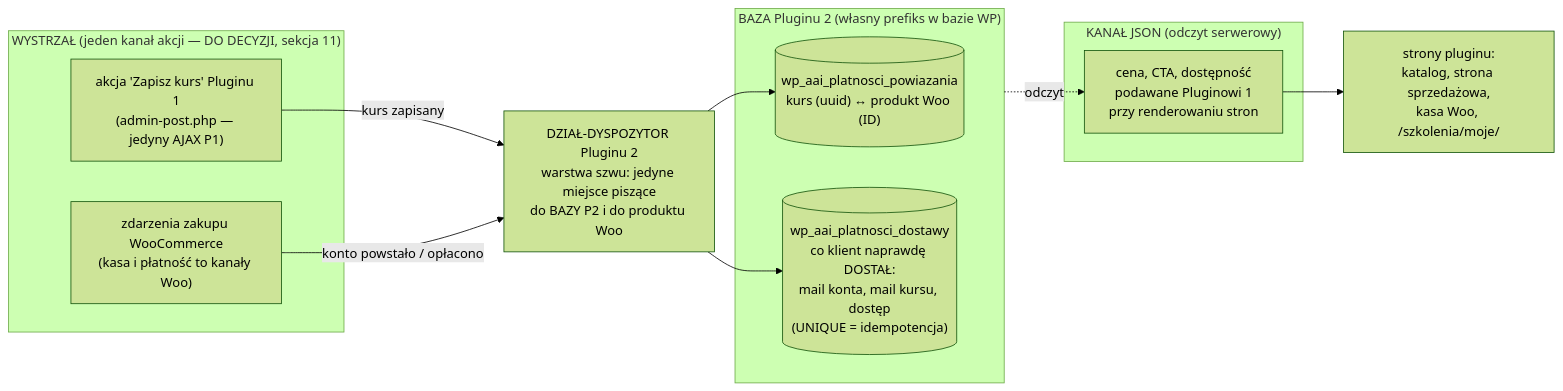
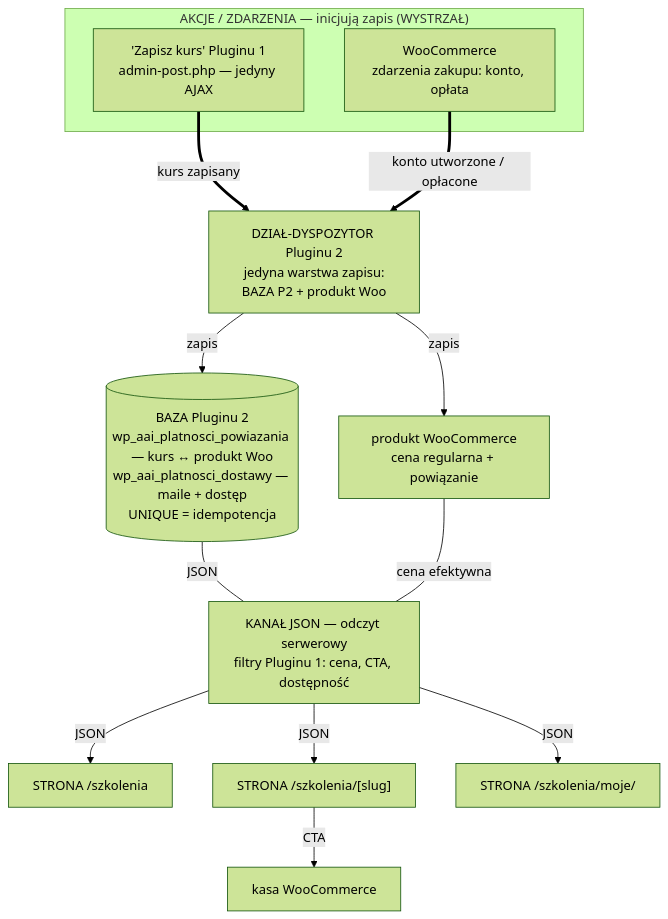
One commit to krzysiek2115op/aai-platforma-szkolen changed the first of 4 diagrams in docs/plugin-2/DIAGRAM.md. Above: the diagram before and after it, drawn with Mermaid (forest theme). The commit also changed other lines of this file and 2 other files, not shown here.

First line of the commit message:
Diagramy Pluginu 2 mówią językiem wizualnym diagramu Pluginu 1

````diff
--- a/docs/plugin-2/DIAGRAM.md
+++ b/docs/plugin-2/DIAGRAM.md
@@ -53,27 +56,31 @@
 ```mermaid
-flowchart LR
-    subgraph BAZA_P2 ["BAZA Pluginu 2 (własny prefiks w bazie WP)"]
-        POW[("wp_aai_platnosci_powiazania<br/>kurs (uuid) ↔ produkt Woo (ID)")]
-        DOS[("wp_aai_platnosci_dostawy<br/>co klient naprawdę DOSTAŁ:<br/>mail konta, mail kursu, dostęp<br/>(UNIQUE = idempotencja)")]
+flowchart TB
+    subgraph AKCJE["AKCJE / ZDARZENIA — inicjują zapis (WYSTRZAŁ)"]
+        W1["'Zapisz kurs' Pluginu 1<br/>admin-post.php — jedyny AJAX"]
+        W2["WooCommerce<br/>zdarzenia zakupu: konto, opłata"]
     end
 
-    DZIAL["DZIAŁ-DYSPOZYTOR Pluginu 2<br/>warstwa szwu: jedyne miejsce piszące<br/>do BAZY P2 i do produktu Woo"]
+    DZIAL["DZIAŁ-DYSPOZYTOR Pluginu 2<br/>jedyna warstwa zapisu:<br/>BAZA P2 + produkt Woo"]
 
-    subgraph WYSTRZAL ["WYSTRZAŁ (jeden kanał akcji — DO DECYZJI, sekcja 11)"]
-        W1["akcja 'Zapisz kurs' Pluginu 1<br/>(admin-post.php — jedyny AJAX P1)"]
-        W2["zdarzenia zakupu WooCommerce<br/>(kasa i płatność to kanały Woo)"]
-    end
+    BAZA[("BAZA Pluginu 2<br/>wp_aai_platnosci_powiazania — kurs ↔ produkt Woo<br/>wp_aai_platnosci_dostawy — maile + dostęp<br/>UNIQUE = idempotencja")]
 
-    subgraph KANAL_JSON ["KANAŁ JSON (odczyt serwerowy)"]
-        F1["cena, CTA, dostępność<br/>podawane Pluginowi 1<br/>przy renderowaniu stron"]
-    end
+    PROD["produkt WooCommerce<br/>cena regularna + powiązanie"]
 
-    STRONY["strony pluginu:<br/>katalog, strona sprzedażowa,<br/>kasa Woo, /szkolenia/moje/"]
+    KANAL["KANAŁ JSON — odczyt serwerowy<br/>filtry Pluginu 1: cena, CTA, dostępność"]
 
-    W1 -->|"kurs zapisany"| DZIAL
-    W2 -->|"konto powstało / opłacono"| DZIAL
-    DZIAL --> POW
-    DZIAL --> DOS
-    BAZA_P2 -.->|odczyt| F1
-    F1 --> STRONY
+    S1["STRONA /szkolenia"]
+    S2["STRONA /szkolenia/[slug]"]
+    S3["STRONA /szkolenia/moje/"]
+    KASA["kasa WooCommerce"]
+
+    W1 ==>|"kurs zapisany"| DZIAL
+    W2 ==>|"konto utworzone / opłacone"| DZIAL
+    DZIAL -->|"zapis"| BAZA
+    DZIAL -->|"zapis"| PROD
+    BAZA ---|"JSON"| KANAL
+    PROD ---|"cena efektywna"| KANAL
+    KANAL -->|"JSON"| S1
+    KANAL -->|"JSON"| S2
+    KANAL -->|"JSON"| S3
+    S2 -->|"CTA"| KASA
 ```
````
